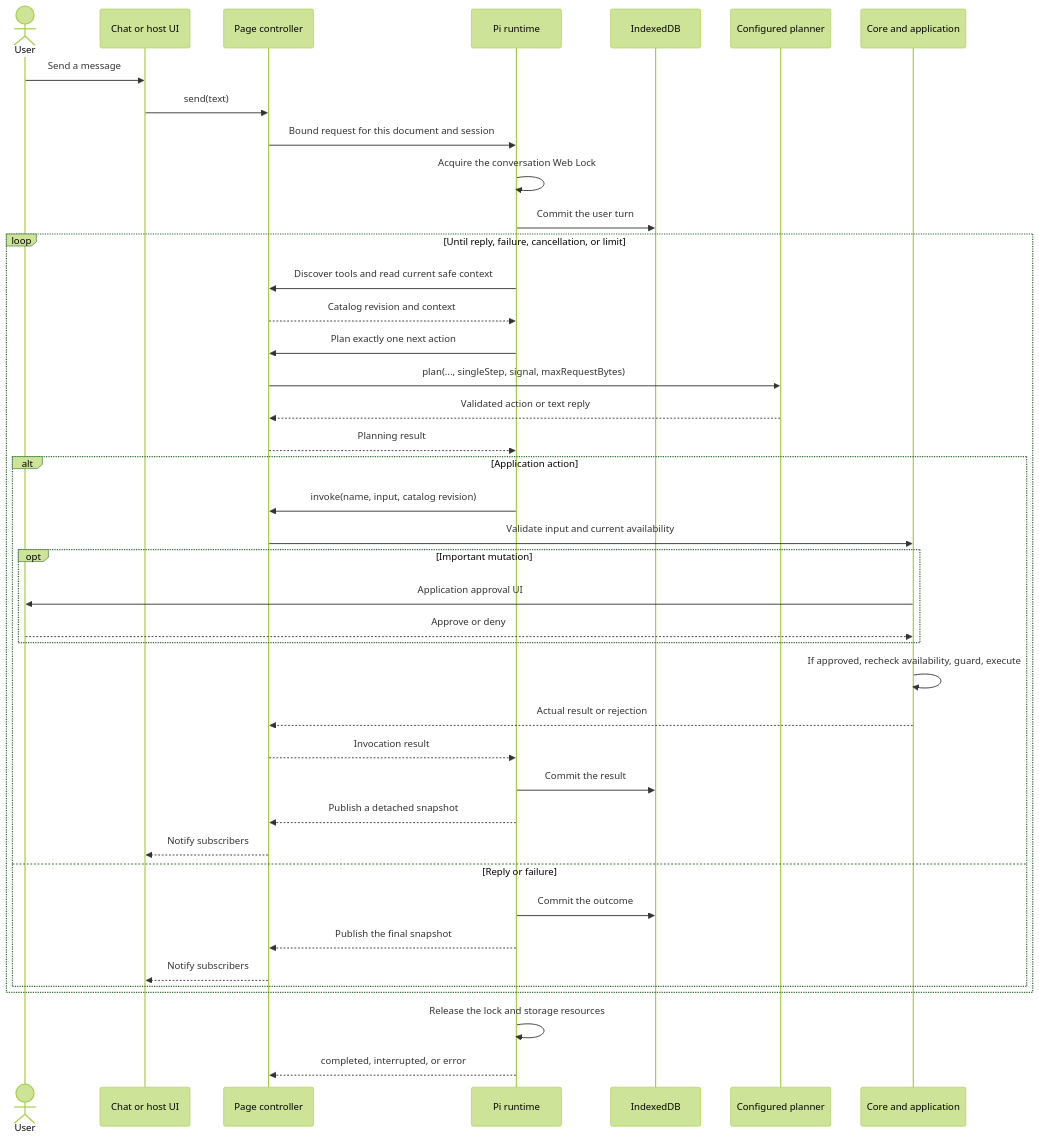
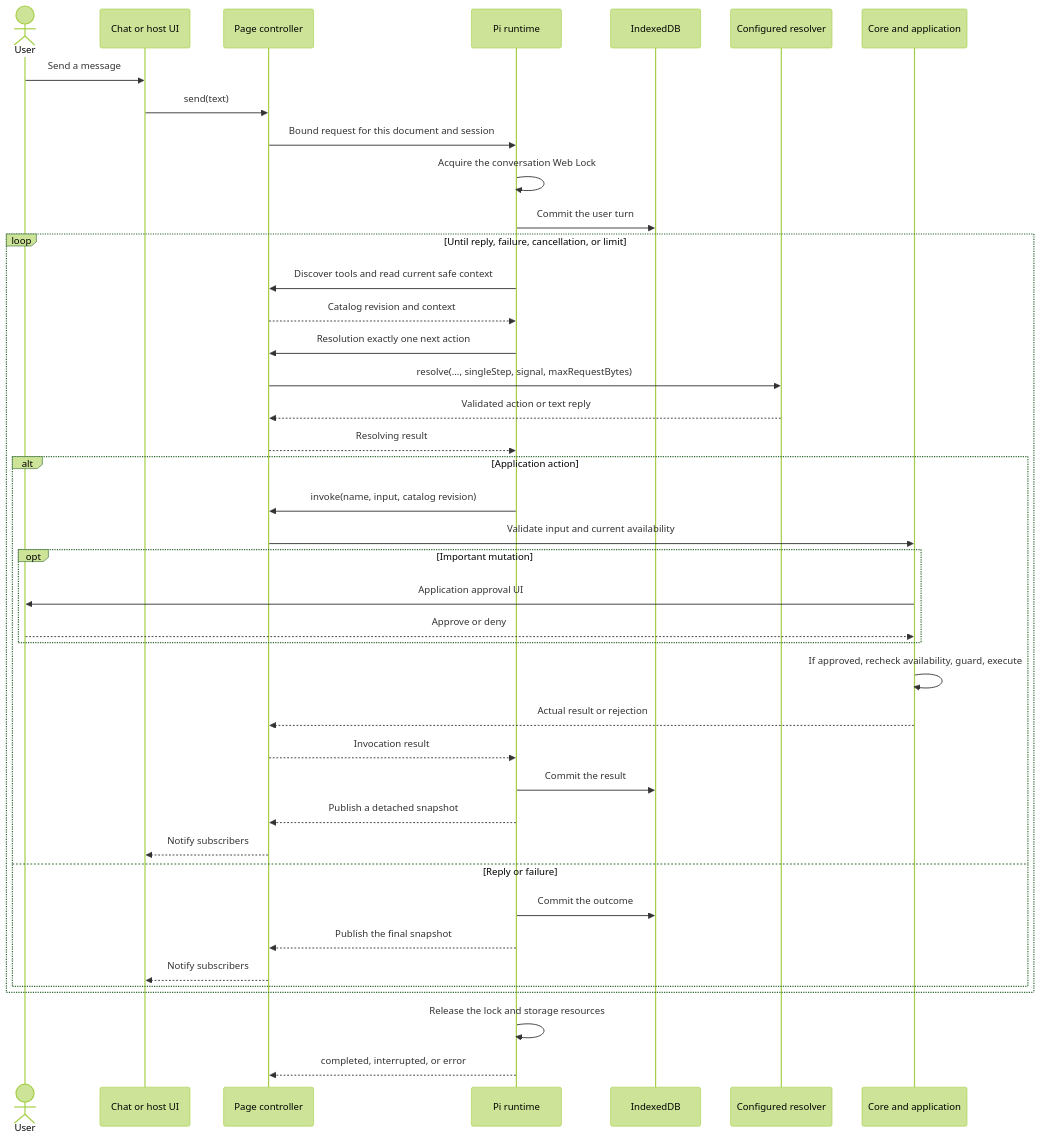
Before and after one commit to vampaz/web-mcp: the second of 4 diagrams in docs/architecture.md, drawn with Mermaid (forest theme). The commit also changed other lines of this file and 79 other files, not shown here.

````diff
--- a/docs/architecture.md
+++ b/docs/architecture.md
@@ -48,43 +48,43 @@
 ```mermaid
 sequenceDiagram
   actor User
   participant UI as Chat or host UI
   participant Page as Page controller
   participant Pi as Pi runtime
   participant DB as IndexedDB
-  participant Planner as Configured planner
+  participant Resolver as Configured resolver
   participant Tools as Core and application
   User->>UI: Send a message
   UI->>Page: send(text)
   Page->>Pi: Bound request for this document and session
   Pi->>Pi: Acquire the conversation Web Lock
   Pi->>DB: Commit the user turn
   loop Until reply, failure, cancellation, or limit
     Pi->>Page: Discover tools and read current safe context
     Page-->>Pi: Catalog revision and context
-    Pi->>Page: Plan exactly one next action
-    Page->>Planner: plan(..., singleStep, signal, maxRequestBytes)
-    Planner-->>Page: Validated action or text reply
-    Page-->>Pi: Planning result
+    Pi->>Page: Resolution exactly one next action
+    Page->>Resolver: resolve(..., singleStep, signal, maxRequestBytes)
+    Resolver-->>Page: Validated action or text reply
+    Page-->>Pi: Resolving result
     alt Application action
       Pi->>Page: invoke(name, input, catalog revision)
       Page->>Tools: Validate input and current availability
       opt Important mutation
         Tools->>User: Application approval UI
         User-->>Tools: Approve or deny
       end
       Tools->>Tools: If approved, recheck availability, guard, execute
       Tools-->>Page: Actual result or rejection
       Page-->>Pi: Invocation result
       Pi->>DB: Commit the result
       Pi-->>Page: Publish a detached snapshot
       Page-->>UI: Notify subscribers
     else Reply or failure
       Pi->>DB: Commit the outcome
       Pi-->>Page: Publish the final snapshot
       Page-->>UI: Notify subscribers
     end
   end
   Pi->>Pi: Release the lock and storage resources
   Pi-->>Page: completed, interrupted, or error
 ```
````
